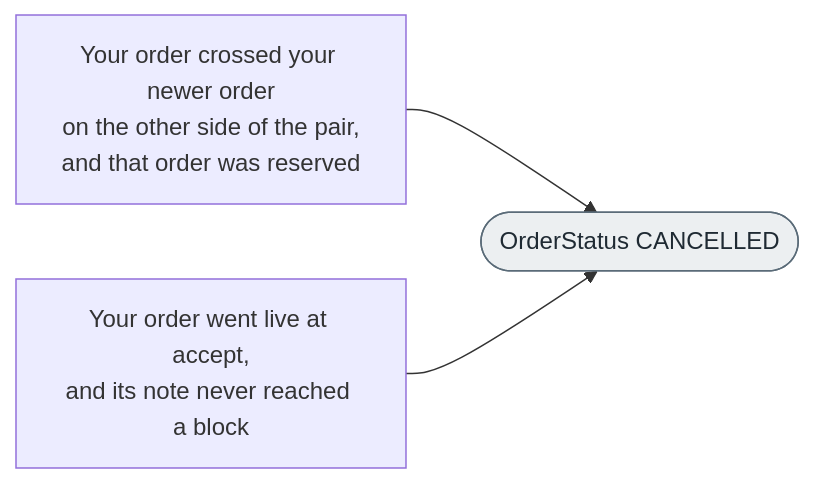
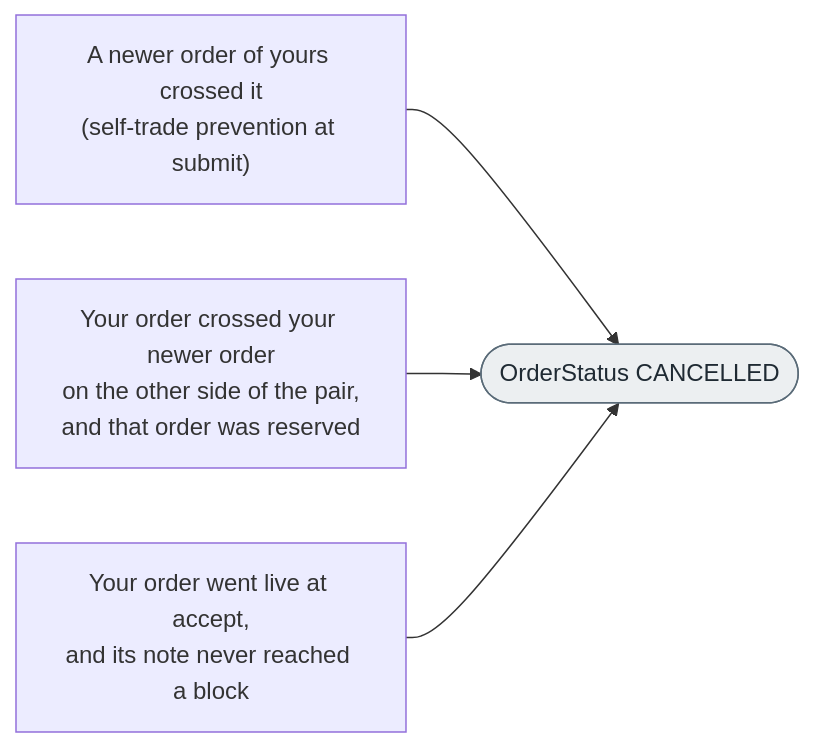
The sixth of 12 diagrams in docs/market-maker-guide.md (inicio-labs/solver), drawn with Mermaid before and after one commit. The commit also changed other lines of this file and 9 other files, not shown here.

First line of the commit message:
Docs: self-trade prevention at submit (ADR 0009)

````diff
--- a/docs/market-maker-guide.md
+++ b/docs/market-maker-guide.md
@@ -665,7 +669,8 @@
 ```mermaid
 flowchart LR
-    t["Your order crossed your newer order<br/>on the other side of the pair,<br/>and that order was reserved"] --> e(["OrderStatus CANCELLED"])
+    s["A newer order of yours crossed it<br/>(self-trade prevention at submit)"] --> e(["OrderStatus CANCELLED"])
+    t["Your order crossed your newer order<br/>on the other side of the pair,<br/>and that order was reserved"] --> e
     n["Your order went live at accept,<br/>and its note never reached a block"] --> e
     classDef ev fill:#eceff1,stroke:#5a6b78,color:#1f2a33
     class e ev
 ```
````
